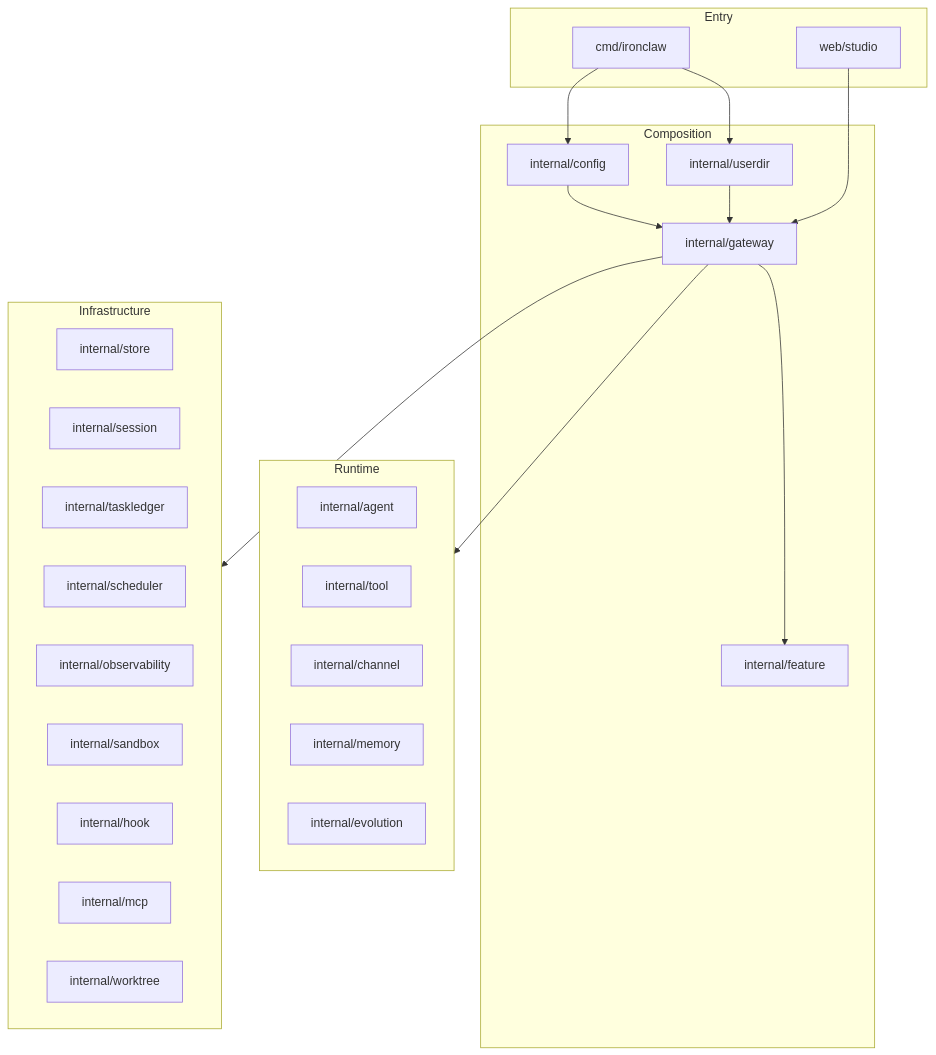
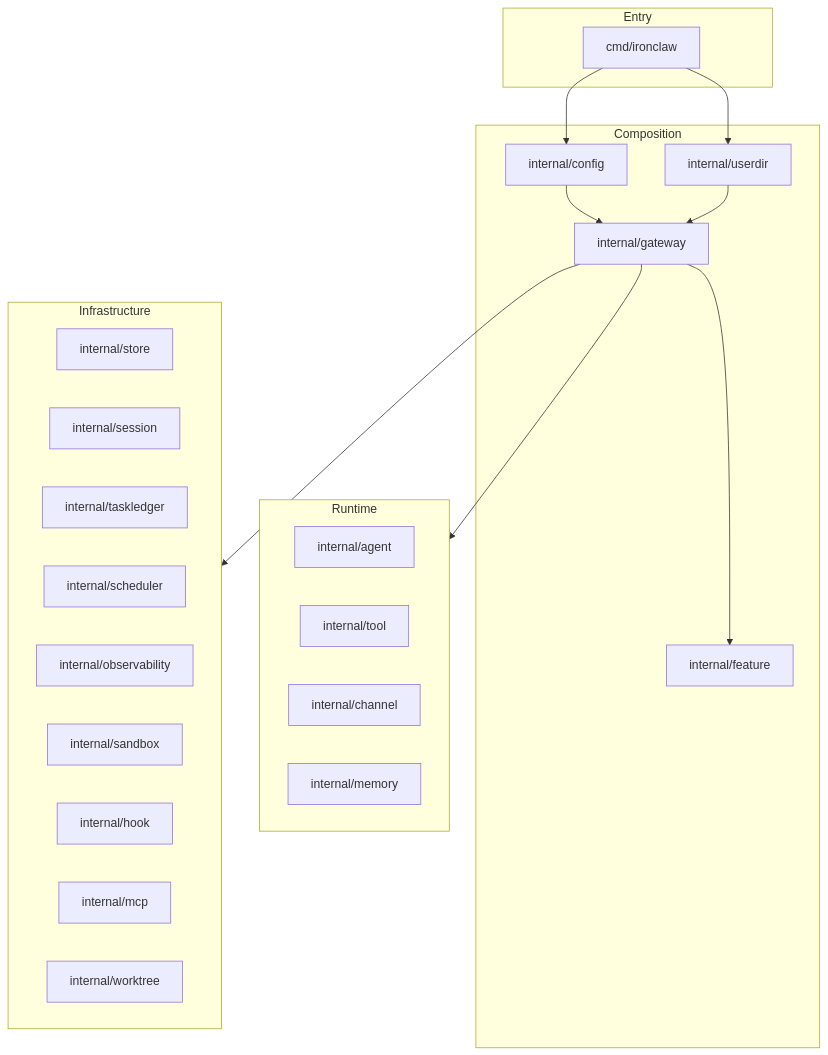
The second of 3 diagrams in docs/01-system-architecture.md (Forest-Isle/daimon), drawn with Mermaid before and after one commit. The commit also changed other lines of this file and 102 other files, not shown here.

First line of the commit message:
refactor: remove evolution, cogmetrics, web/studio, stale knowledge refs

````diff
--- a/docs/01-system-architecture.md
+++ b/docs/01-system-architecture.md
@@ -35,41 +35,38 @@
 ```mermaid
 flowchart TB
     subgraph Entry
         CMD[cmd/ironclaw]
-        Web[web/studio]
     end
 
     subgraph Composition
         Gateway[internal/gateway]
         Feature[internal/feature]
         Config[internal/config]
         UserDir[internal/userdir]
     end
 
     subgraph Runtime
         Agent[internal/agent]
         Tool[internal/tool]
         Channel[internal/channel]
         Memory[internal/memory]
-        Evolution[internal/evolution]
     end
 
     subgraph Infrastructure
         Store[internal/store]
         Session[internal/session]
         TaskLedger[internal/taskledger]
         Scheduler[internal/scheduler]
         Observability[internal/observability]
         Sandbox[internal/sandbox]
         Hook[internal/hook]
         MCP[internal/mcp]
         Worktree[internal/worktree]
     end
 
     CMD --> Config --> Gateway
     CMD --> UserDir --> Gateway
     Gateway --> Feature
     Gateway --> Runtime
     Gateway --> Infrastructure
-    Web --> Gateway
 ```
````
